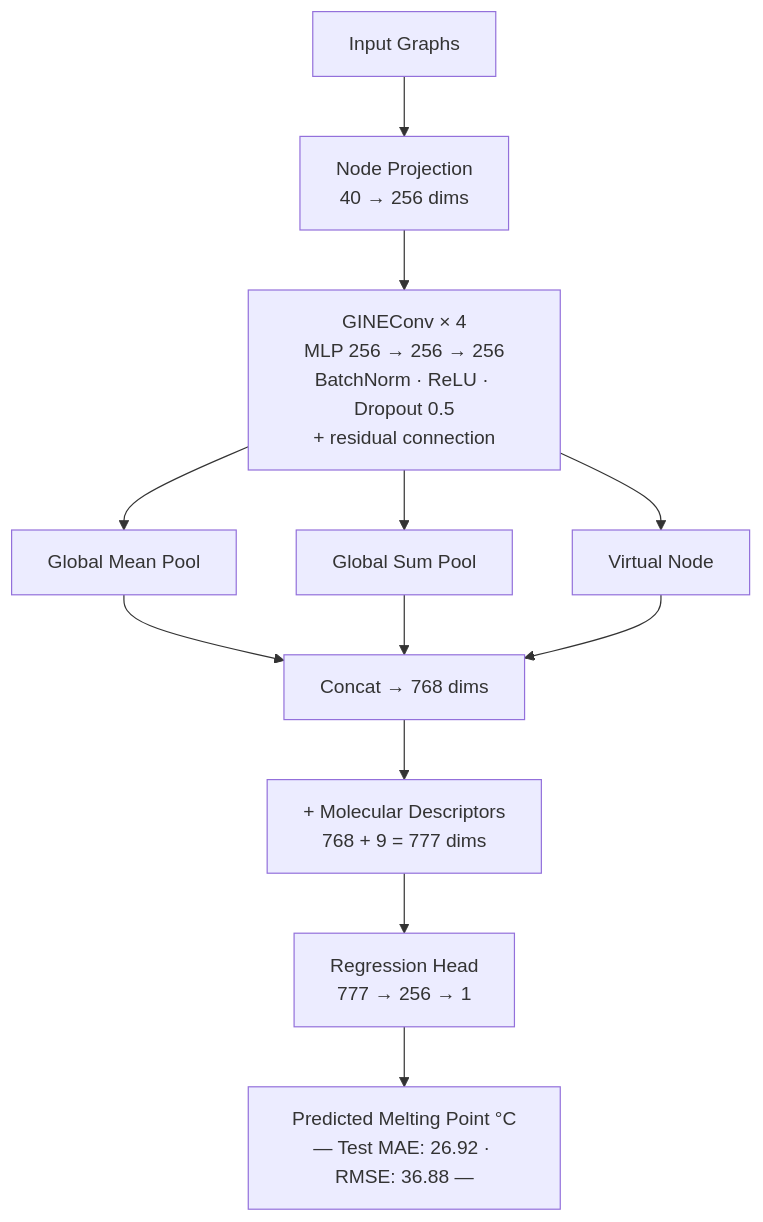
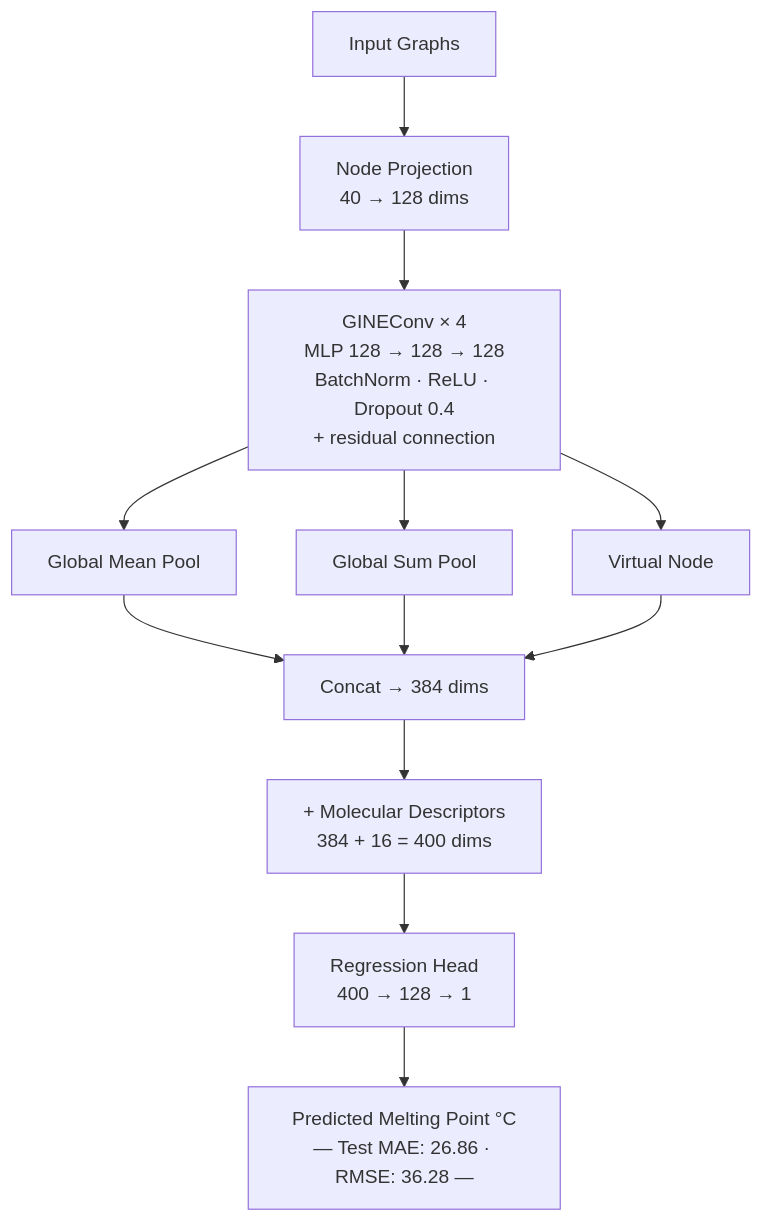
One commit to nickbuker/GraphNet changed the third of 4 diagrams in README.md. Above: the diagram before and after it, drawn with Mermaid. The commit also changed other lines of this file and 11 other files, not shown here.

````diff
--- a/README.md
+++ b/README.md
@@ -122,14 +126,14 @@
 ```mermaid
 graph TD
-    A[Input Graphs] --> B["Node Projection\n40 → 256 dims"]
-    B --> C["GINEConv × 4\nMLP 256 → 256 → 256\nBatchNorm · ReLU · Dropout 0.5\n+ residual connection"]
+    A[Input Graphs] --> B["Node Projection\n40 → 128 dims"]
+    B --> C["GINEConv × 4\nMLP 128 → 128 → 128\nBatchNorm · ReLU · Dropout 0.4\n+ residual connection"]
     C --> D[Global Mean Pool]
     C --> E[Global Sum Pool]
     C --> F[Virtual Node]
-    D --> G["Concat → 768 dims"]
+    D --> G["Concat → 384 dims"]
     E --> G
     F --> G
-    G --> H["+ Molecular Descriptors\n768 + 9 = 777 dims"]
-    H --> I["Regression Head\n777 → 256 → 1"]
-    I --> J["Predicted Melting Point °C\n— Test MAE: 26.92 · RMSE: 36.88 —"]
+    G --> H["+ Molecular Descriptors\n384 + 16 = 400 dims"]
+    H --> I["Regression Head\n400 → 128 → 1"]
+    I --> J["Predicted Melting Point °C\n— Test MAE: 26.86 · RMSE: 36.28 —"]
 ```
````
